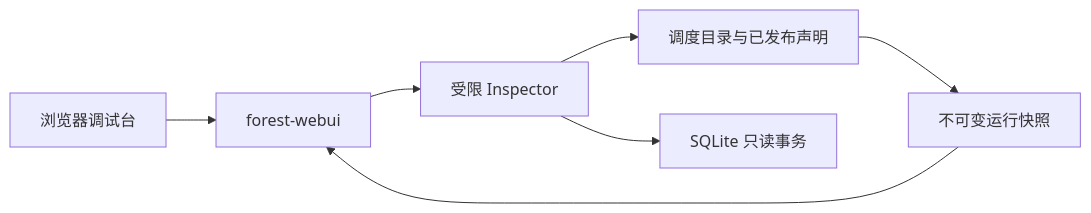
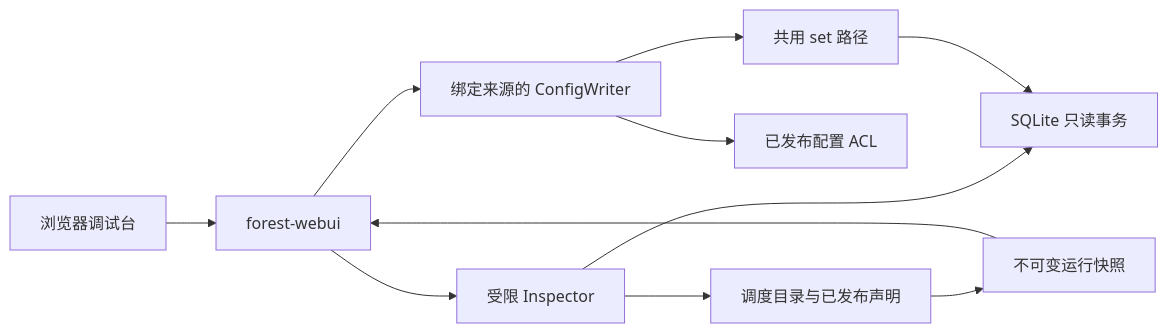
Before and after one commit to sjrsjz/forest: the first of 2 diagrams in doc/14-inspection-webui.md, drawn with Mermaid. The commit also changed other lines of this file and 145 other files, not shown here.

````diff
--- a/doc/14-inspection-webui.md
+++ b/doc/14-inspection-webui.md
@@ -11,9 +11,13 @@
 ```mermaid
 flowchart LR
     Browser[浏览器调试台] --> Web[forest-webui]
     Web --> Inspector[受限 Inspector]
     Inspector --> Directory[调度目录与已发布声明]
     Inspector --> Store[SQLite 只读事务]
     Directory --> Snapshot[不可变运行快照]
     Snapshot --> Web
+    Web --> Writer[绑定来源的 ConfigWriter]
+    Writer --> ACL[已发布配置 ACL]
+    Writer --> Set[共用 set 路径]
+    Set --> Store
 ```
````
